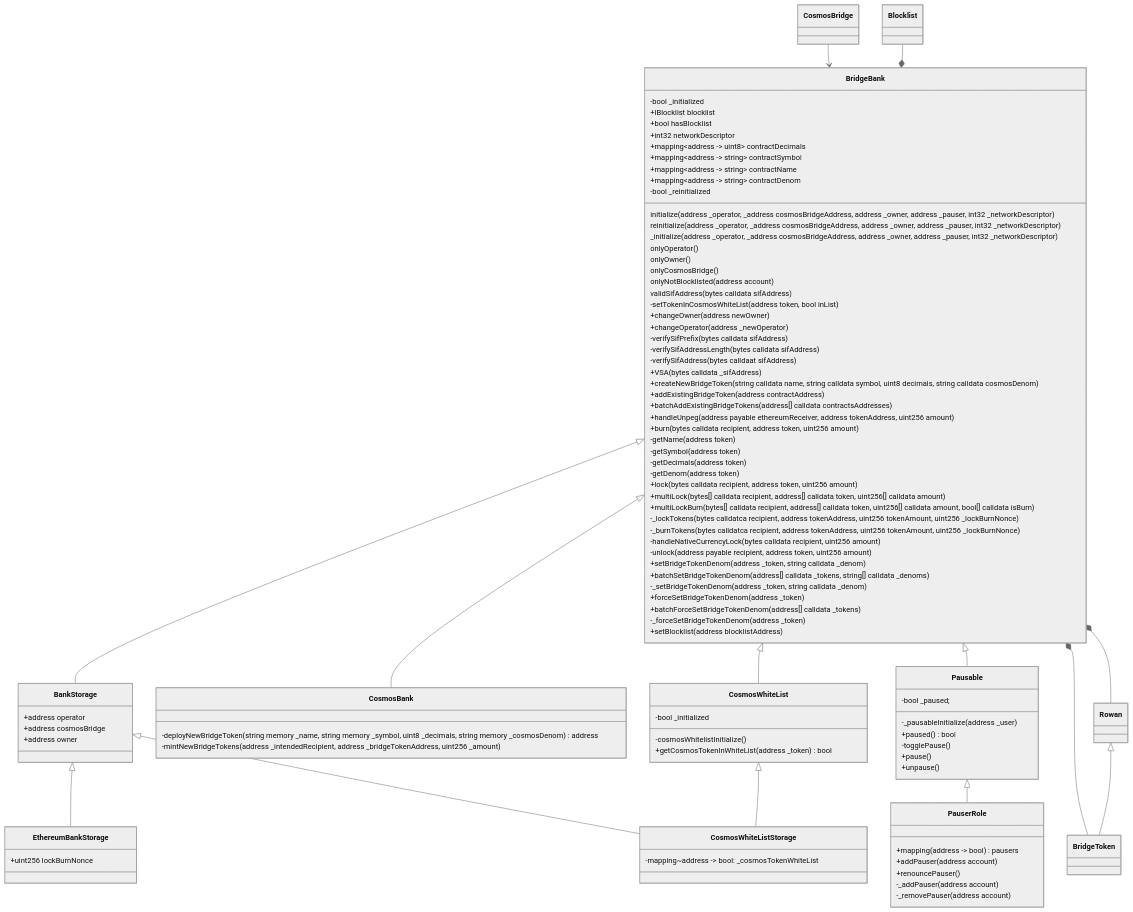
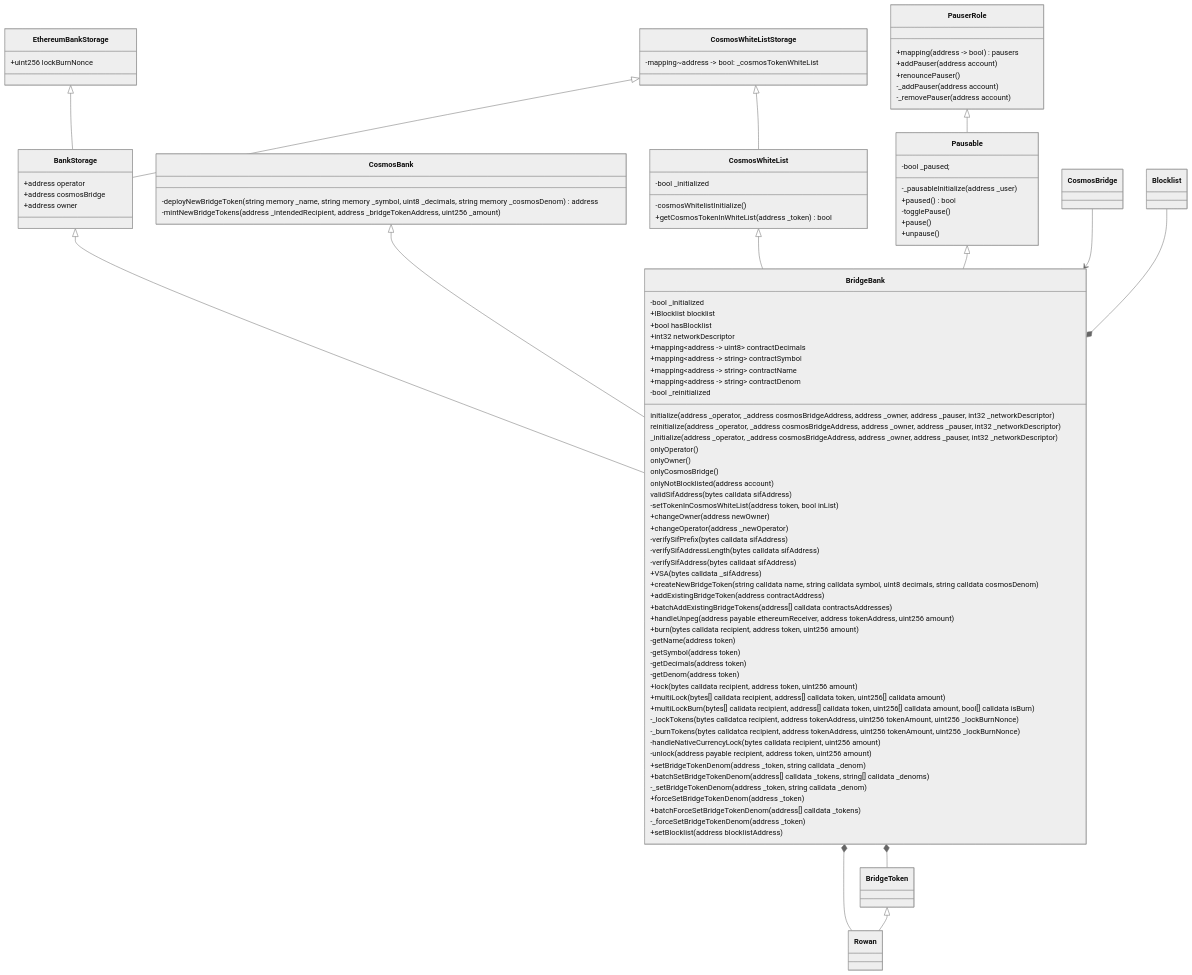
One commit to Sifchain/sifnode changed the fourth of 6 diagrams in docs/peggy/docs/contracts.md. Above: the diagram before and after it, drawn with Mermaid (neutral theme). The commit also changed other lines of this file, not shown here.

Commit message:
Changed direction of inheritance arrows in UML diagrams.

```diff
--- a/docs/peggy/docs/contracts.md
+++ b/docs/peggy/docs/contracts.md
@@ -339,26 +343,27 @@
   }
 
   %% BridgeBank Inherits
-  BridgeBank <|-- BankStorage
-  BridgeBank <|-- CosmosBank
-  BridgeBank <|-- CosmosWhiteList
-  BridgeBank <|-- Pausable
+  BankStorage     <|-- BridgeBank
+  CosmosBank      <|-- BridgeBank
+  CosmosWhiteList <|-- BridgeBank
+  Pausable        <|-- BridgeBank
+  
   BridgeBank *-- BridgeToken
   BridgeBank *--Rowan
 
   %% BankStorage Inherits
-  BankStorage <|-- EthereumBankStorage
-  BankStorage <|-- CosmosWhiteListStorage
+  EthereumBankStorage <|-- BankStorage
+  CosmosWhiteListStorage <|-- BankStorage
 
 
   %% CosmosWhiteList Inherits
-  CosmosWhiteList <|-- CosmosWhiteListStorage
+  CosmosWhiteListStorage <|-- CosmosWhiteList
 
   %% Pausable Inherits
-  Pausable <|-- PauserRole
+  PauserRole <|-- Pausable
 
   %% Rowan Inherits
-  Rowan <|-- BridgeToken
+  BridgeToken <|-- Rowan
 
 
   %% Link Association
```
